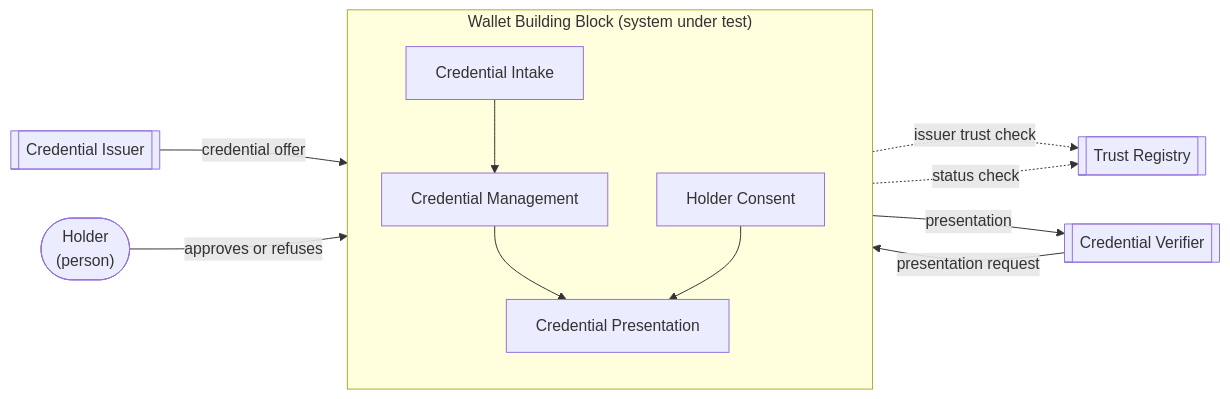
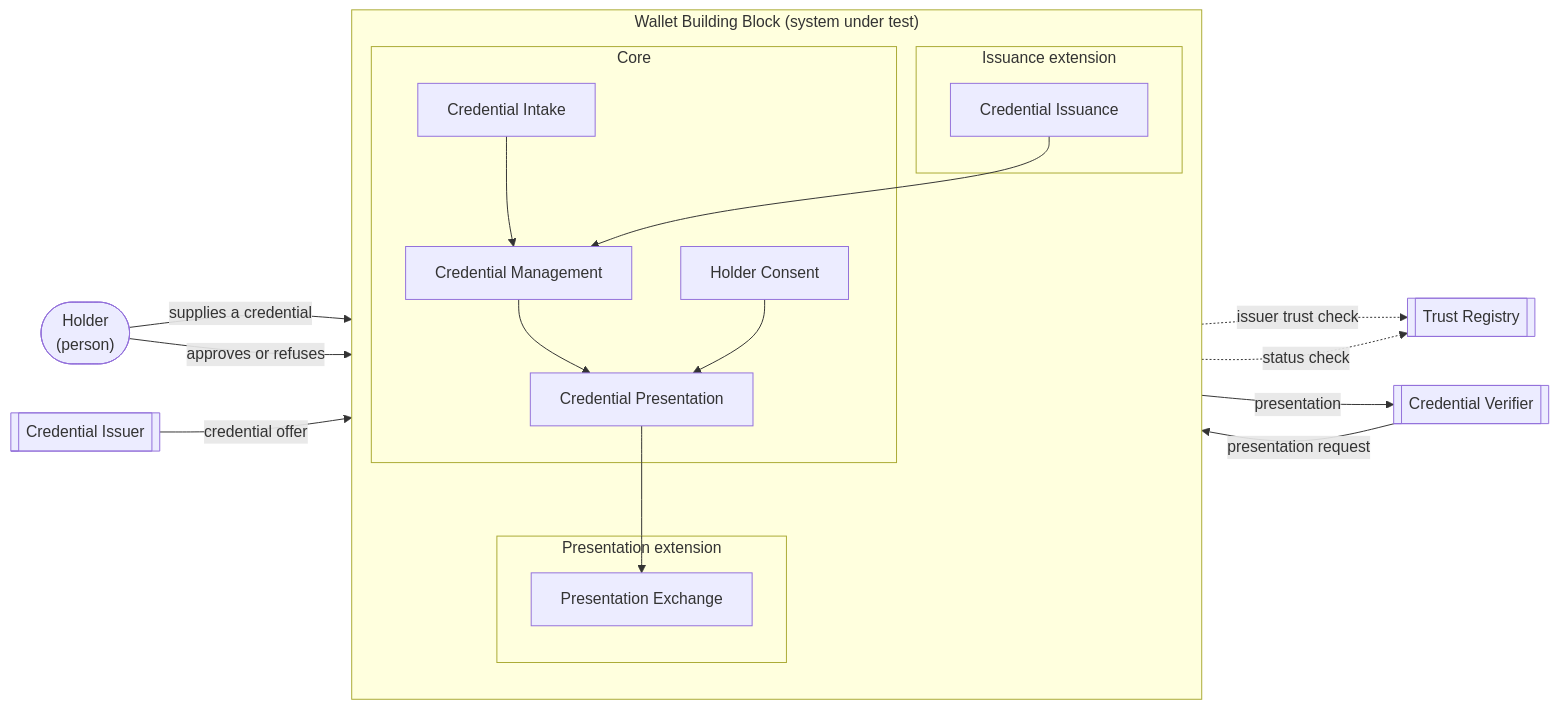
The second of 2 diagrams in chapters/introductory_chapters.md (GovStackWorkingGroup/specification-framework), drawn with Mermaid before and after one commit. The commit also changed other lines of this file and 9 other files, not shown here.

````diff
--- a/chapters/introductory_chapters.md
+++ b/chapters/introductory_chapters.md
@@ -139,25 +165,36 @@
 ```mermaid
 flowchart LR
   Person(["Holder<br/>(person)"])
   Issuer[["Credential Issuer"]]
   Verifier[["Credential Verifier"]]
   Registry[["Trust Registry"]]
 
   subgraph SUT["Wallet Building Block (system under test)"]
     direction TB
-    Accept["Credential Intake"]
-    Store["Credential Management"]
-    Consent["Holder Consent"]
-    Present["Credential Presentation"]
+    subgraph Core["Core"]
+      Accept["Credential Intake"]
+      Store["Credential Management"]
+      Consent["Holder Consent"]
+      Present["Credential Presentation"]
+    end
+    subgraph ExtI["Issuance extension"]
+      Issue["Credential Issuance"]
+    end
+    subgraph ExtP["Presentation extension"]
+      Exchange["Presentation Exchange"]
+    end
     Accept --> Store
     Store --> Present
     Consent --> Present
+    Issue --> Store
+    Present --> Exchange
   end
 
-  Issuer -- "credential offer" --> Accept
-  Accept -. "issuer trust check" .-> Registry
+  Person -- "supplies a credential" --> Accept
   Person -- "approves or refuses" --> Consent
-  Verifier -- "presentation request" --> Present
-  Present -- "presentation" --> Verifier
-  Present -. "status check" .-> Registry
+  Issuer -- "credential offer" --> Issue
+  Issue -. "issuer trust check" .-> Registry
+  Verifier -- "presentation request" --> Exchange
+  Exchange -- "presentation" --> Verifier
+  Exchange -. "status check" .-> Registry
 ```
````
